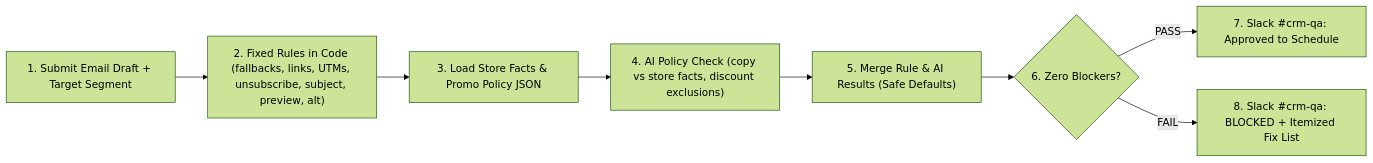
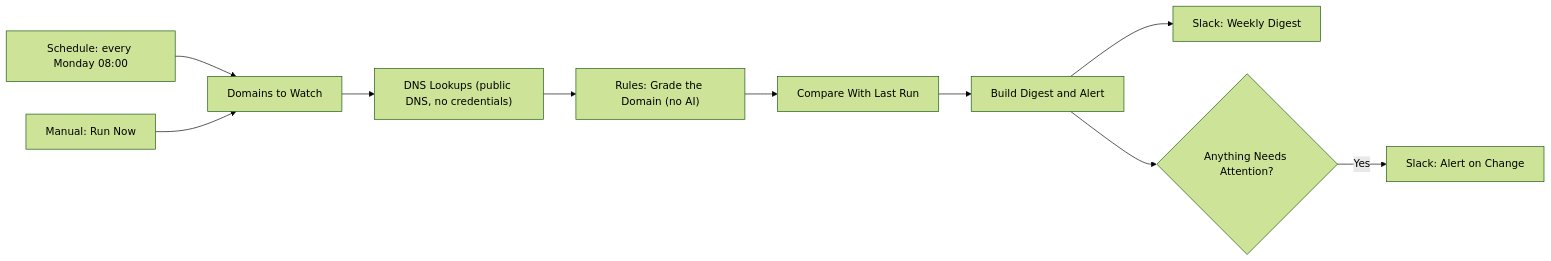
Before and after one commit to errer441122/lifecycle-automation-lab: the diagram in README.md, drawn with Mermaid (forest theme). The commit also changed other lines of this file and 19 other files, not shown here.

First line of the commit message:
Turn the lab into Sender Domain Health: a live SPF, DKIM and DMARC check

````diff
--- a/README.md
+++ b/README.md
@@ -28,10 +26,12 @@
 ```mermaid
 flowchart LR
-    F["1. Submit Email Draft + Target Segment"] --> R["2. Fixed Rules in Code (fallbacks, links, UTMs, unsubscribe, subject, preview, alt)"]
-    R --> P["3. Load Store Facts & Promo Policy JSON"]
-    P --> AI["4. AI Policy Check (copy vs store facts, discount exclusions)"]
-    AI --> M["5. Merge Rule & AI Results (Safe Defaults)"]
-    M --> G{"6. Zero Blockers?"}
-    G -- "PASS" --> OK["7. Slack #crm-qa: Approved to Schedule"]
-    G -- "FAIL" --> NO["8. Slack #crm-qa: BLOCKED + Itemized Fix List"]
+    S["Schedule: every Monday 08:00"] --> D["Domains to Watch"]
+    M["Manual: Run Now"] --> D
+    D --> L["DNS Lookups (public DNS, no credentials)"]
+    L --> R["Rules: Grade the Domain (no AI)"]
+    R --> C["Compare With Last Run"]
+    C --> B["Build Digest and Alert"]
+    B --> SD["Slack: Weekly Digest"]
+    B --> G{"Anything Needs Attention?"}
+    G -- "Yes" --> SA["Slack: Alert on Change"]
 ```
````
